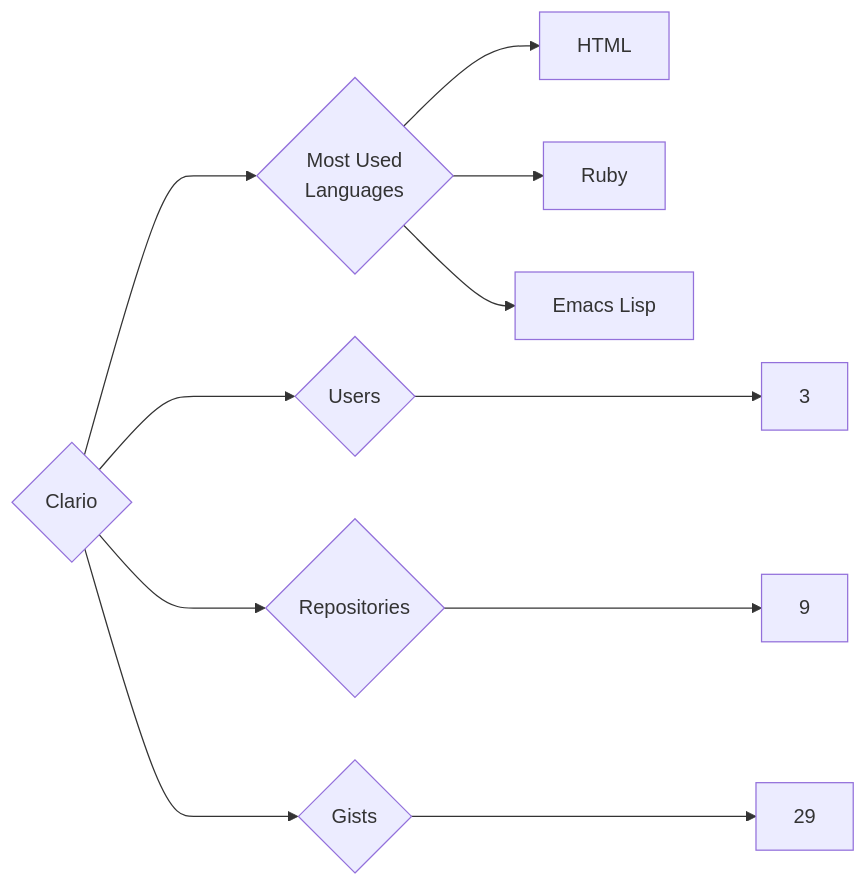
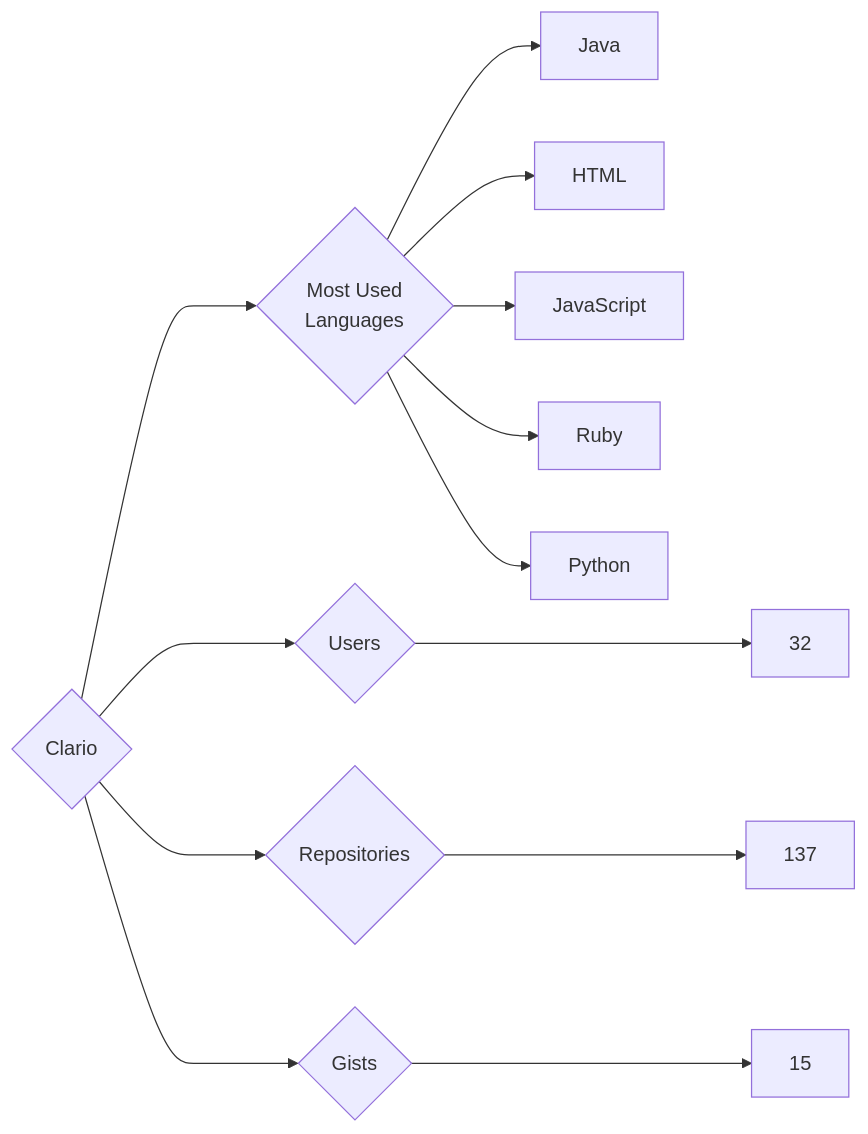
One commit to trickest/insiders changed the diagram in targets/Clario/README.md. Above: the diagram before and after it, drawn with Mermaid. The commit also changed 900 other files, not shown here.

````diff
--- a/targets/Clario/README.md
+++ b/targets/Clario/README.md
@@ -3,11 +3,13 @@
 ```mermaid
 graph LR
 COMPANY_NAME{Clario}
-COMPANY_NAME ---> U{Users} ---> UN[3]
-COMPANY_NAME ---> R{Repositories} ---> RN[9]
-COMPANY_NAME ---> G{Gists} ---> GN[29]
+COMPANY_NAME ---> U{Users} ---> UN[32]
+COMPANY_NAME ---> R{Repositories} ---> RN[137]
+COMPANY_NAME ---> G{Gists} ---> GN[15]
 COMPANY_NAME ---> ML{Most Used<br>Languages}
+ML --> Java[Java]
 ML --> HTML[HTML]
+ML --> JavaScript[JavaScript]
 ML --> Ruby[Ruby]
-ML --> Emacs_Lisp[Emacs Lisp]
+ML --> Python[Python]
 ```
````
